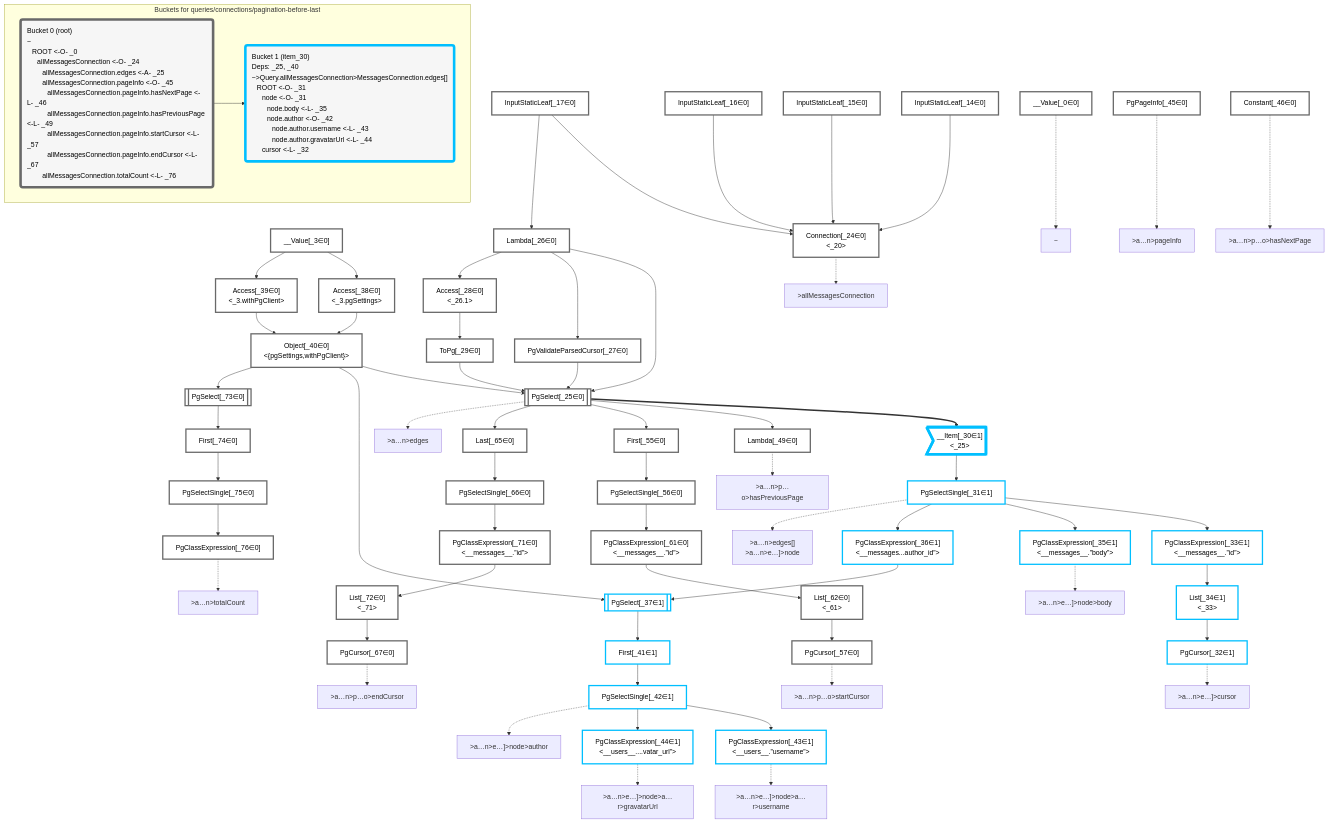
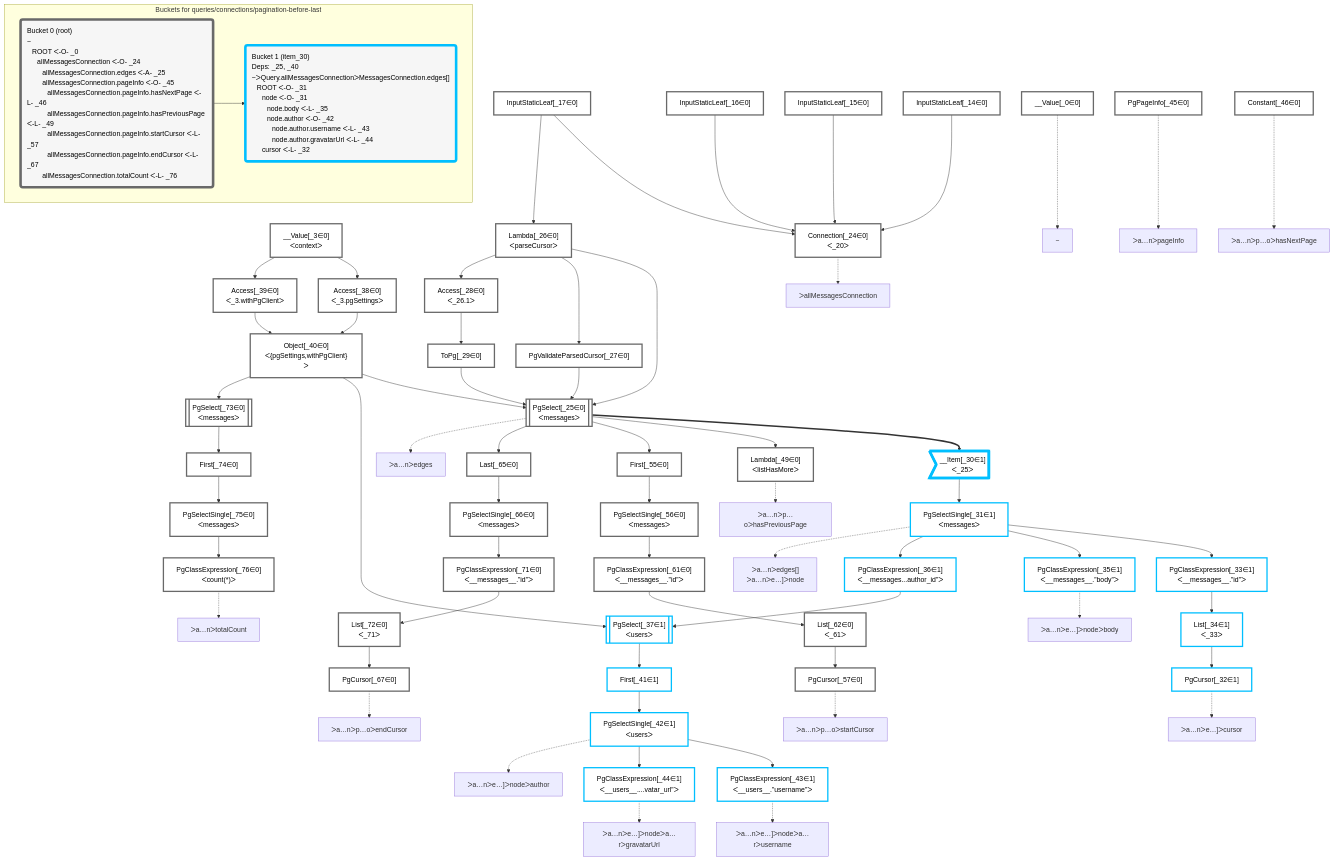
One commit to graphile/crystal changed the diagram in packages/dataplan-pg/__tests__/queries/connections/pagination-before-last.deopt.mermaid.md. Above: the diagram before and after it, drawn with Mermaid. The commit also changed 195 other files, not shown here.

```diff
--- a/packages/dataplan-pg/__tests__/queries/connections/pagination-before-last.deopt.mermaid.md
+++ b/packages/dataplan-pg/__tests__/queries/connections/pagination-before-last.deopt.mermaid.md
@@ -9,49 +9,49 @@
 
     %% define plans
     __Value_0["__Value[_0∈0]"]:::plan
-    __Value_3["__Value[_3∈0]<br /><context>"]:::plan
+    __Value_3["__Value[_3∈0]<br />ᐸcontextᐳ"]:::plan
     InputStaticLeaf_14["InputStaticLeaf[_14∈0]"]:::plan
     InputStaticLeaf_15["InputStaticLeaf[_15∈0]"]:::plan
     InputStaticLeaf_16["InputStaticLeaf[_16∈0]"]:::plan
     InputStaticLeaf_17["InputStaticLeaf[_17∈0]"]:::plan
-    Connection_24["Connection[_24∈0]<br /><_20>"]:::plan
-    PgSelect_25[["PgSelect[_25∈0]<br /><messages>"]]:::plan
-    Lambda_26["Lambda[_26∈0]<br /><parseCursor>"]:::plan
+    Connection_24["Connection[_24∈0]<br />ᐸ_20ᐳ"]:::plan
+    PgSelect_25[["PgSelect[_25∈0]<br />ᐸmessagesᐳ"]]:::plan
+    Lambda_26["Lambda[_26∈0]<br />ᐸparseCursorᐳ"]:::plan
     PgValidateParsedCursor_27["PgValidateParsedCursor[_27∈0]"]:::plan
-    Access_28["Access[_28∈0]<br /><_26.1>"]:::plan
+    Access_28["Access[_28∈0]<br />ᐸ_26.1ᐳ"]:::plan
     ToPg_29["ToPg[_29∈0]"]:::plan
-    __Item_30>"__Item[_30∈1]<br /><_25>"]:::itemplan
-    PgSelectSingle_31["PgSelectSingle[_31∈1]<br /><messages>"]:::plan
+    __Item_30>"__Item[_30∈1]<br />ᐸ_25ᐳ"]:::itemplan
+    PgSelectSingle_31["PgSelectSingle[_31∈1]<br />ᐸmessagesᐳ"]:::plan
     PgCursor_32["PgCursor[_32∈1]"]:::plan
-    PgClassExpression_33["PgClassExpression[_33∈1]<br /><__messages__.”id”>"]:::plan
-    List_34["List[_34∈1]<br /><_33>"]:::plan
-    PgClassExpression_35["PgClassExpression[_35∈1]<br /><__messages__.”body”>"]:::plan
-    PgClassExpression_36["PgClassExpression[_36∈1]<br /><__messages...author_id”>"]:::plan
-    PgSelect_37[["PgSelect[_37∈1]<br /><users>"]]:::plan
-    Access_38["Access[_38∈0]<br /><_3.pgSettings>"]:::plan
-    Access_39["Access[_39∈0]<br /><_3.withPgClient>"]:::plan
-    Object_40["Object[_40∈0]<br /><{pgSettings,withPgClient}>"]:::plan
+    PgClassExpression_33["PgClassExpression[_33∈1]<br />ᐸ__messages__.”id”ᐳ"]:::plan
+    List_34["List[_34∈1]<br />ᐸ_33ᐳ"]:::plan
+    PgClassExpression_35["PgClassExpression[_35∈1]<br />ᐸ__messages__.”body”ᐳ"]:::plan
+    PgClassExpression_36["PgClassExpression[_36∈1]<br />ᐸ__messages...author_id”ᐳ"]:::plan
+    PgSelect_37[["PgSelect[_37∈1]<br />ᐸusersᐳ"]]:::plan
+    Access_38["Access[_38∈0]<br />ᐸ_3.pgSettingsᐳ"]:::plan
+    Access_39["Access[_39∈0]<br />ᐸ_3.withPgClientᐳ"]:::plan
+    Object_40["Object[_40∈0]<br />ᐸ{pgSettings,withPgClient}ᐳ"]:::plan
     First_41["First[_41∈1]"]:::plan
-    PgSelectSingle_42["PgSelectSingle[_42∈1]<br /><users>"]:::plan
-    PgClassExpression_43["PgClassExpression[_43∈1]<br /><__users__.”username”>"]:::plan
-    PgClassExpression_44["PgClassExpression[_44∈1]<br /><__users__....vatar_url”>"]:::plan
+    PgSelectSingle_42["PgSelectSingle[_42∈1]<br />ᐸusersᐳ"]:::plan
+    PgClassExpression_43["PgClassExpression[_43∈1]<br />ᐸ__users__.”username”ᐳ"]:::plan
+    PgClassExpression_44["PgClassExpression[_44∈1]<br />ᐸ__users__....vatar_url”ᐳ"]:::plan
     PgPageInfo_45["PgPageInfo[_45∈0]"]:::plan
     Constant_46["Constant[_46∈0]"]:::plan
-    Lambda_49["Lambda[_49∈0]<br /><listHasMore>"]:::plan
+    Lambda_49["Lambda[_49∈0]<br />ᐸlistHasMoreᐳ"]:::plan
     First_55["First[_55∈0]"]:::plan
-    PgSelectSingle_56["PgSelectSingle[_56∈0]<br /><messages>"]:::plan
+    PgSelectSingle_56["PgSelectSingle[_56∈0]<br />ᐸmessagesᐳ"]:::plan
     PgCursor_57["PgCursor[_57∈0]"]:::plan
-    PgClassExpression_61["PgClassExpression[_61∈0]<br /><__messages__.”id”>"]:::plan
-    List_62["List[_62∈0]<br /><_61>"]:::plan
+    PgClassExpression_61["PgClassExpression[_61∈0]<br />ᐸ__messages__.”id”ᐳ"]:::plan
+    List_62["List[_62∈0]<br />ᐸ_61ᐳ"]:::plan
     Last_65["Last[_65∈0]"]:::plan
-    PgSelectSingle_66["PgSelectSingle[_66∈0]<br /><messages>"]:::plan
+    PgSelectSingle_66["PgSelectSingle[_66∈0]<br />ᐸmessagesᐳ"]:::plan
     PgCursor_67["PgCursor[_67∈0]"]:::plan
-    PgClassExpression_71["PgClassExpression[_71∈0]<br /><__messages__.”id”>"]:::plan
-    List_72["List[_72∈0]<br /><_71>"]:::plan
-    PgSelect_73[["PgSelect[_73∈0]<br /><messages>"]]:::plan
+    PgClassExpression_71["PgClassExpression[_71∈0]<br />ᐸ__messages__.”id”ᐳ"]:::plan
+    List_72["List[_72∈0]<br />ᐸ_71ᐳ"]:::plan
+    PgSelect_73[["PgSelect[_73∈0]<br />ᐸmessagesᐳ"]]:::plan
     First_74["First[_74∈0]"]:::plan
-    PgSelectSingle_75["PgSelectSingle[_75∈0]<br /><messages>"]:::plan
-    PgClassExpression_76["PgClassExpression[_76∈0]<br /><count(*)>"]:::plan
+    PgSelectSingle_75["PgSelectSingle[_75∈0]<br />ᐸmessagesᐳ"]:::plan
+    PgClassExpression_76["PgClassExpression[_76∈0]<br />ᐸcount(*)ᐳ"]:::plan
 
     %% plan dependencies
     InputStaticLeaf_14 --> Connection_24
@@ -102,33 +102,33 @@
     %% plan-to-path relationships
     P_0["~"]
     __Value_0 -.-> P_0
-    P_24[">allMessagesConnection"]
+    P_24["ᐳallMessagesConnection"]
     Connection_24 -.-> P_24
-    P_25[">a…n>edges"]
+    P_25["ᐳa…nᐳedges"]
     PgSelect_25 -.-> P_25
-    P_31[">a…n>edges[]<br />>a…n>e…]>node"]
+    P_31["ᐳa…nᐳedges[]<br />ᐳa…nᐳe…]ᐳnode"]
     PgSelectSingle_31 -.-> P_31
-    P_32[">a…n>e…]>cursor"]
+    P_32["ᐳa…nᐳe…]ᐳcursor"]
     PgCursor_32 -.-> P_32
-    P_35[">a…n>e…]>node>body"]
+    P_35["ᐳa…nᐳe…]ᐳnodeᐳbody"]
     PgClassExpression_35 -.-> P_35
-    P_42[">a…n>e…]>node>author"]
+    P_42["ᐳa…nᐳe…]ᐳnodeᐳauthor"]
     PgSelectSingle_42 -.-> P_42
-    P_43[">a…n>e…]>node>a…r>username"]
+    P_43["ᐳa…nᐳe…]ᐳnodeᐳa…rᐳusername"]
     PgClassExpression_43 -.-> P_43
-    P_44[">a…n>e…]>node>a…r>gravatarUrl"]
+    P_44["ᐳa…nᐳe…]ᐳnodeᐳa…rᐳgravatarUrl"]
     PgClassExpression_44 -.-> P_44
-    P_45[">a…n>pageInfo"]
+    P_45["ᐳa…nᐳpageInfo"]
     PgPageInfo_45 -.-> P_45
-    P_46[">a…n>p…o>hasNextPage"]
+    P_46["ᐳa…nᐳp…oᐳhasNextPage"]
     Constant_46 -.-> P_46
-    P_49[">a…n>p…o>hasPreviousPage"]
+    P_49["ᐳa…nᐳp…oᐳhasPreviousPage"]
     Lambda_49 -.-> P_49
-    P_57[">a…n>p…o>startCursor"]
+    P_57["ᐳa…nᐳp…oᐳstartCursor"]
     PgCursor_57 -.-> P_57
-    P_67[">a…n>p…o>endCursor"]
+    P_67["ᐳa…nᐳp…oᐳendCursor"]
     PgCursor_67 -.-> P_67
-    P_76[">a…n>totalCount"]
+    P_76["ᐳa…nᐳtotalCount"]
     PgClassExpression_76 -.-> P_76
 
     %% allocate buckets
@@ -138,9 +138,9 @@
     class __Item_30,PgSelectSingle_31,PgCursor_32,PgClassExpression_33,List_34,PgClassExpression_35,PgClassExpression_36,PgSelect_37,First_41,PgSelectSingle_42,PgClassExpression_43,PgClassExpression_44 bucket1
 
     subgraph "Buckets for queries/connections/pagination-before-last"
-    Bucket0("Bucket 0 (root)<br />~<br />⠀ROOT <-O- _0<br />⠀⠀allMessagesConnection <-O- _24<br />⠀⠀⠀allMessagesConnection.edges <-A- _25<br />⠀⠀⠀allMessagesConnection.pageInfo <-O- _45<br />⠀⠀⠀⠀allMessagesConnection.pageInfo.hasNextPage <-L- _46<br />⠀⠀⠀⠀allMessagesConnection.pageInfo.hasPreviousPage <-L- _49<br />⠀⠀⠀⠀allMessagesConnection.pageInfo.startCursor <-L- _57<br />⠀⠀⠀⠀allMessagesConnection.pageInfo.endCursor <-L- _67<br />⠀⠀⠀allMessagesConnection.totalCount <-L- _76"):::bucket
+    Bucket0("Bucket 0 (root)<br />~<br />⠀ROOT ᐸ-O- _0<br />⠀⠀allMessagesConnection ᐸ-O- _24<br />⠀⠀⠀allMessagesConnection.edges ᐸ-A- _25<br />⠀⠀⠀allMessagesConnection.pageInfo ᐸ-O- _45<br />⠀⠀⠀⠀allMessagesConnection.pageInfo.hasNextPage ᐸ-L- _46<br />⠀⠀⠀⠀allMessagesConnection.pageInfo.hasPreviousPage ᐸ-L- _49<br />⠀⠀⠀⠀allMessagesConnection.pageInfo.startCursor ᐸ-L- _57<br />⠀⠀⠀⠀allMessagesConnection.pageInfo.endCursor ᐸ-L- _67<br />⠀⠀⠀allMessagesConnection.totalCount ᐸ-L- _76"):::bucket
     style Bucket0 stroke:#696969
-    Bucket1("Bucket 1 (item_30)<br />Deps: _25, _40<br />~>Query.allMessagesConnection>MessagesConnection.edges[]<br />⠀ROOT <-O- _31<br />⠀⠀node <-O- _31<br />⠀⠀⠀node.body <-L- _35<br />⠀⠀⠀node.author <-O- _42<br />⠀⠀⠀⠀node.author.username <-L- _43<br />⠀⠀⠀⠀node.author.gravatarUrl <-L- _44<br />⠀⠀cursor <-L- _32"):::bucket
+    Bucket1("Bucket 1 (item_30)<br />Deps: _25, _40<br />~ᐳQuery.allMessagesConnectionᐳMessagesConnection.edges[]<br />⠀ROOT ᐸ-O- _31<br />⠀⠀node ᐸ-O- _31<br />⠀⠀⠀node.body ᐸ-L- _35<br />⠀⠀⠀node.author ᐸ-O- _42<br />⠀⠀⠀⠀node.author.username ᐸ-L- _43<br />⠀⠀⠀⠀node.author.gravatarUrl ᐸ-L- _44<br />⠀⠀cursor ᐸ-L- _32"):::bucket
     style Bucket1 stroke:#00bfff
     Bucket0 --> Bucket1
     end
```
